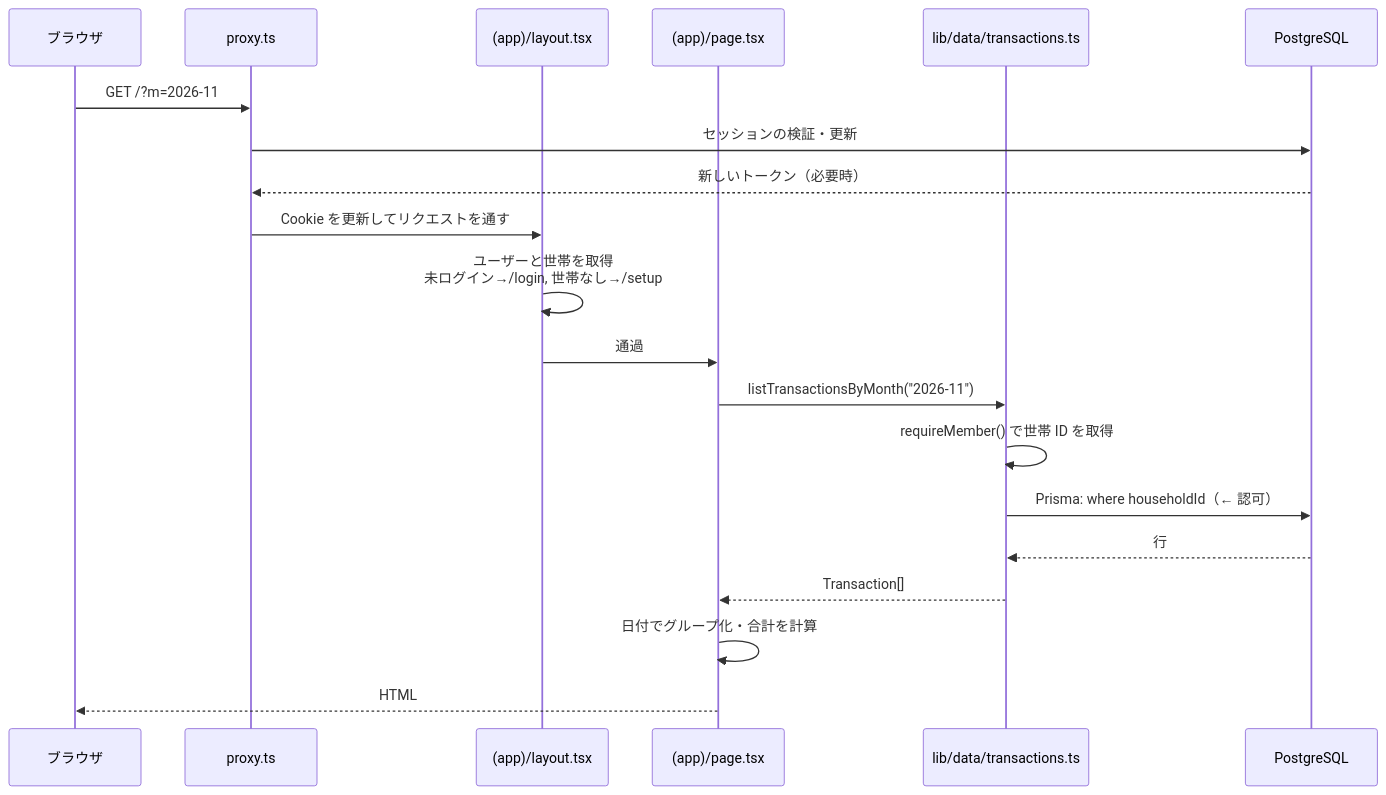
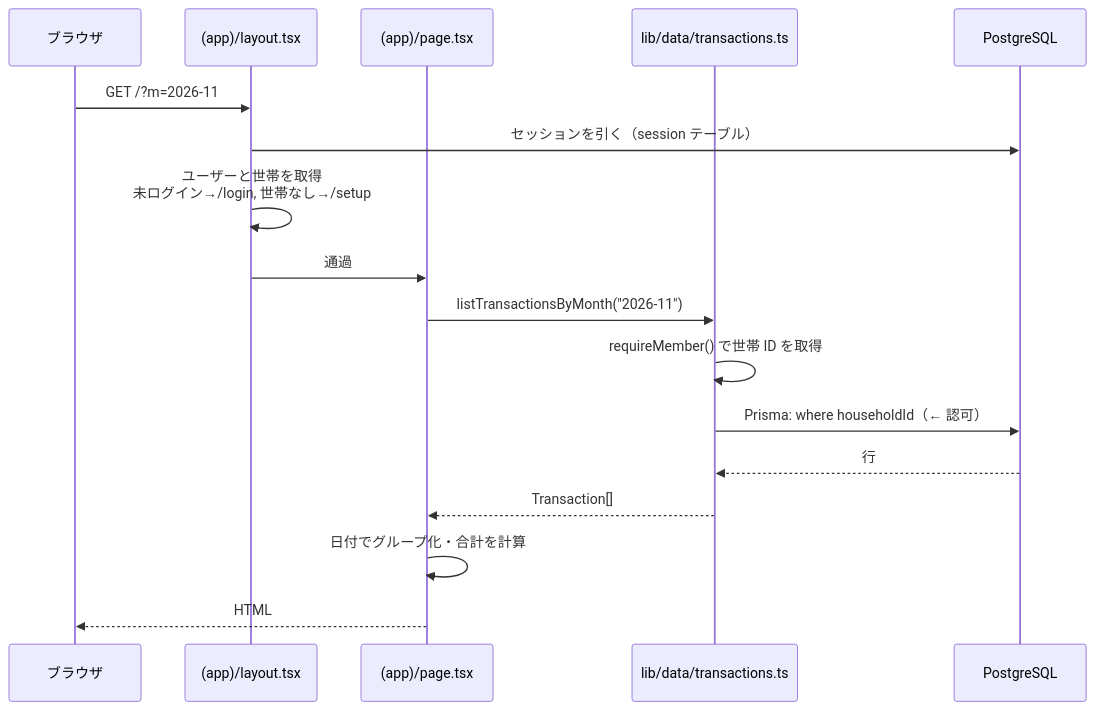
One commit to arize-matsuda/monely changed the third of 6 diagrams in docs/02-design/architecture.md. Above: the diagram before and after it, drawn with Mermaid. The commit also changed other lines of this file and 32 other files, not shown here.

````diff
--- a/docs/02-design/architecture.md
+++ b/docs/02-design/architecture.md
@@ -166,23 +165,20 @@
 ```mermaid
 sequenceDiagram
     participant B as ブラウザ
-    participant P as proxy.ts
     participant L as (app)/layout.tsx
     participant Pg as (app)/page.tsx
     participant D as lib/data/transactions.ts
     participant S as PostgreSQL
 
-    B->>P: GET /?m=2026-11
-    P->>S: セッションの検証・更新
-    S-->>P: 新しいトークン（必要時）
-    P->>L: Cookie を更新してリクエストを通す
+    B->>L: GET /?m=2026-11
+    L->>S: セッションを引く（session テーブル）
     L->>L: ユーザーと世帯を取得<br/>未ログイン→/login, 世帯なし→/setup
     L->>Pg: 通過
     Pg->>D: listTransactionsByMonth("2026-11")
     D->>D: requireMember() で世帯 ID を取得
     D->>S: Prisma: where householdId（← 認可）
     S-->>D: 行
     D-->>Pg: Transaction[]
     Pg->>Pg: 日付でグループ化・合計を計算
     Pg-->>B: HTML
 ```
````
